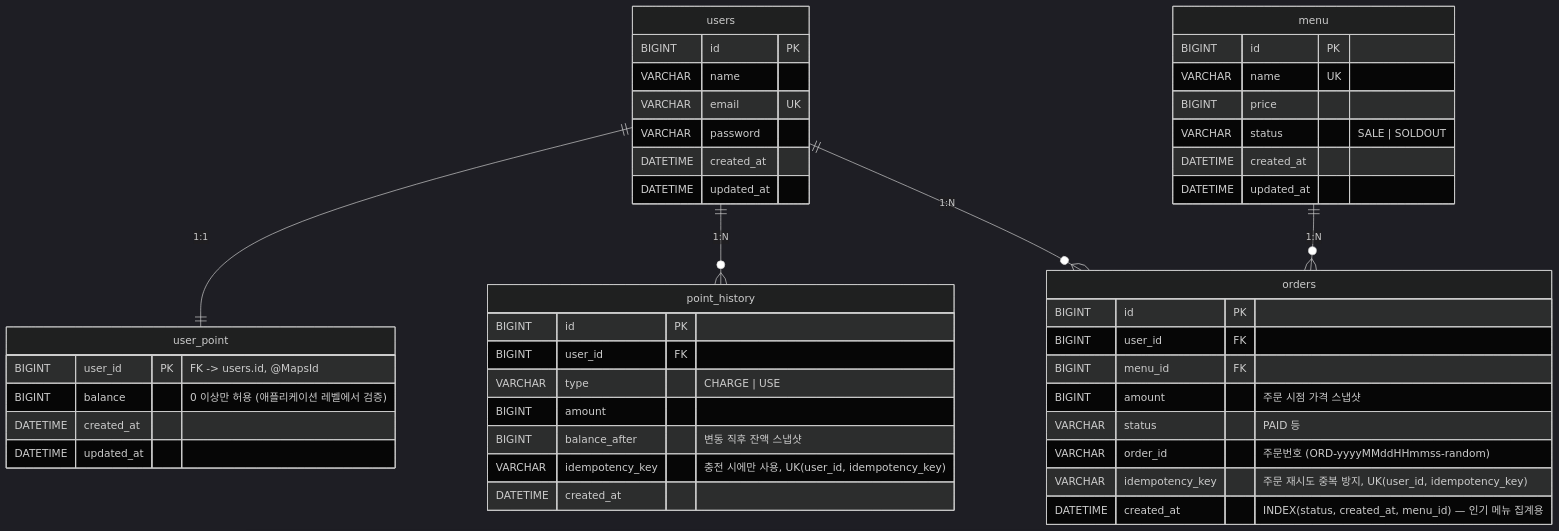
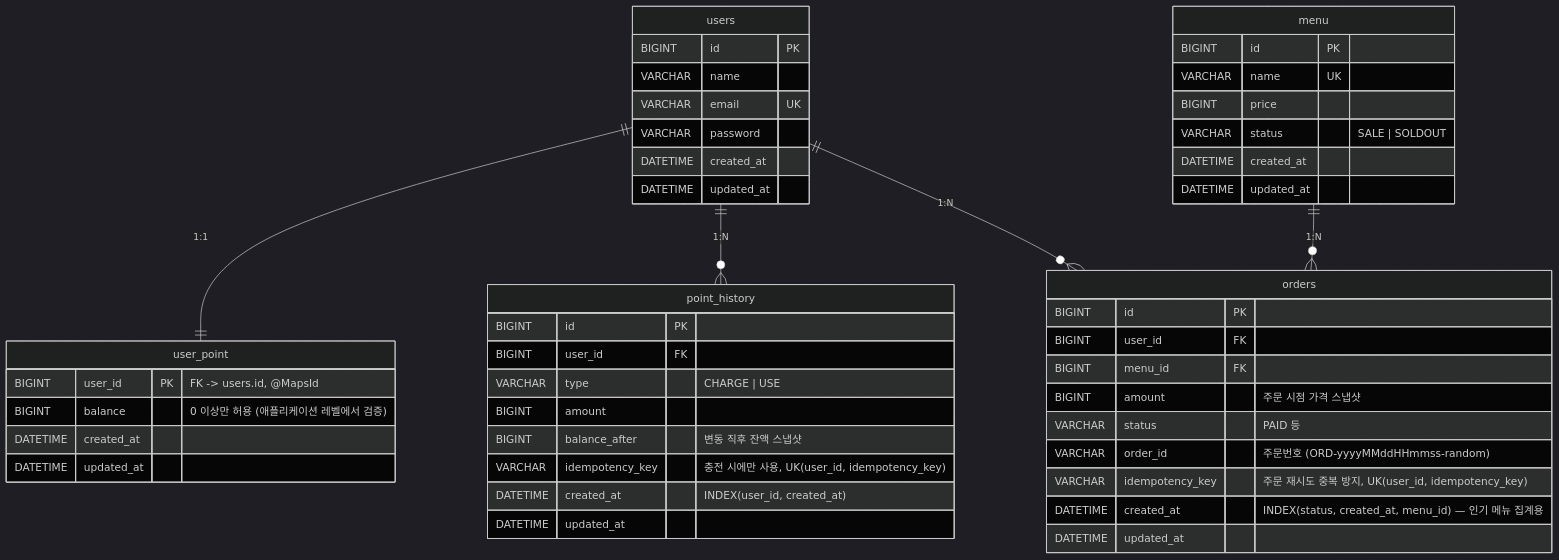
The diagram in README.md (prjkmo112/cafe-api), drawn with Mermaid (dark theme) before and after one commit. The commit also changed other lines of this file and 2 other files, not shown here.

````diff
--- a/README.md
+++ b/README.md
@@ -42,49 +42,51 @@
 ```mermaid
 erDiagram
     users ||--|| user_point : "1:1"
     users ||--o{ point_history : "1:N"
     users ||--o{ orders : "1:N"
     menu  ||--o{ orders : "1:N"
 
     users {
         BIGINT id PK
         VARCHAR name
         VARCHAR email UK
         VARCHAR password
         DATETIME created_at
         DATETIME updated_at
     }
     user_point {
         BIGINT user_id PK "FK -> users.id, @MapsId"
         BIGINT balance "0 이상만 허용 (애플리케이션 레벨에서 검증)"
         DATETIME created_at
         DATETIME updated_at
     }
     point_history {
         BIGINT id PK
         BIGINT user_id FK
         VARCHAR type "CHARGE | USE"
         BIGINT amount
         BIGINT balance_after "변동 직후 잔액 스냅샷"
         VARCHAR idempotency_key "충전 시에만 사용, UK(user_id, idempotency_key)"
-        DATETIME created_at
+        DATETIME created_at "INDEX(user_id, created_at)"
+        DATETIME updated_at
     }
     menu {
         BIGINT id PK
         VARCHAR name UK
         BIGINT price
         VARCHAR status "SALE | SOLDOUT"
         DATETIME created_at
         DATETIME updated_at
     }
     orders {
         BIGINT id PK
         BIGINT user_id FK
         BIGINT menu_id FK
         BIGINT amount "주문 시점 가격 스냅샷"
         VARCHAR status "PAID 등"
         VARCHAR order_id "주문번호 (ORD-yyyyMMddHHmmss-random)"
         VARCHAR idempotency_key "주문 재시도 중복 방지, UK(user_id, idempotency_key)"
         DATETIME created_at "INDEX(status, created_at, menu_id) — 인기 메뉴 집계용"
+        DATETIME updated_at
     }
 ```
````
